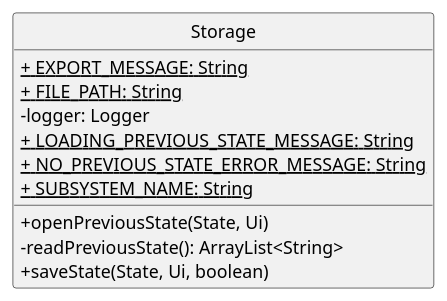
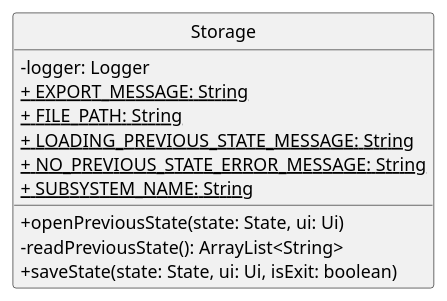
Before and after one commit to nus-cs2113-AY2223S1/tp: the diagram in docs/UMLdiagrams/storageClass.puml, drawn with PlantUML. The commit also changed 10 other files, not shown here.

Commit message:
Update other class diagrams

```diff
--- a/docs/UMLdiagrams/storageClass.puml
+++ b/docs/UMLdiagrams/storageClass.puml
@@ -1,18 +1,18 @@
 @startuml
 'https://plantuml.com/class-diagram
 hide circle
 skinparam classAttributeIconSize 0
 
 class Storage {
+    - logger: Logger
     <u>+ EXPORT_MESSAGE: String
     <u>+ FILE_PATH: String
-    - logger: Logger
     <u>+ LOADING_PREVIOUS_STATE_MESSAGE: String
     <u>+ NO_PREVIOUS_STATE_ERROR_MESSAGE: String
     <u>+ SUBSYSTEM_NAME: String
 
-    + openPreviousState(State, Ui)
+    + openPreviousState(state: State, ui: Ui)
     - readPreviousState(): ArrayList<String>
-    + saveState(State, Ui, boolean)
+    + saveState(state: State, ui: Ui, isExit: boolean)
 }
 @enduml
```
